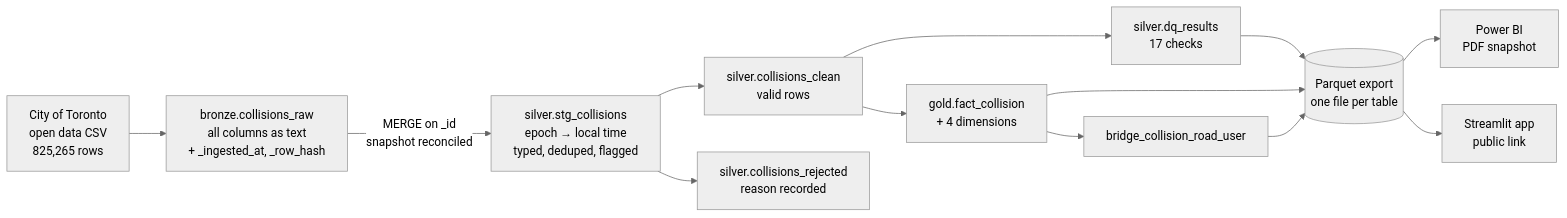
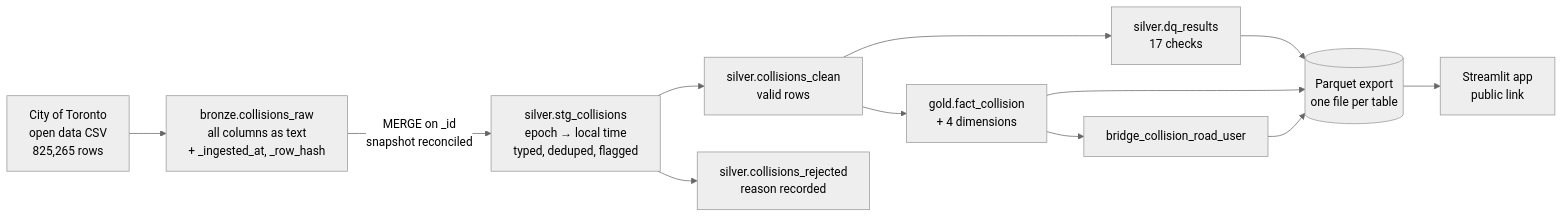
Before and after one commit to shihabkhateeb/toronto-collisions-lakehouse: the first of 2 diagrams in docs/architecture.md, drawn with Mermaid (neutral theme). The commit also changed 7 other files, not shown here.

````diff
--- a/docs/architecture.md
+++ b/docs/architecture.md
@@ -5,15 +5,14 @@
 ```mermaid
 flowchart LR
     A["City of Toronto<br/>open data CSV<br/>825,265 rows"] --> B["bronze.collisions_raw<br/>all columns as text<br/>+ _ingested_at, _row_hash"]
     B -->|"MERGE on _id<br/>snapshot reconciled"| C["silver.stg_collisions<br/>epoch → local time<br/>typed, deduped, flagged"]
     C --> D["silver.collisions_clean<br/>valid rows"]
     C --> E["silver.collisions_rejected<br/>reason recorded"]
     D --> F["silver.dq_results<br/>17 checks"]
     D --> G["gold.fact_collision<br/>+ 4 dimensions"]
     G --> H["bridge_collision_road_user"]
     F --> I[("Parquet export<br/>one file per table")]
     G --> I
     H --> I
-    I --> J["Power BI<br/>PDF snapshot"]
     I --> K["Streamlit app<br/>public link"]
 ```
````
